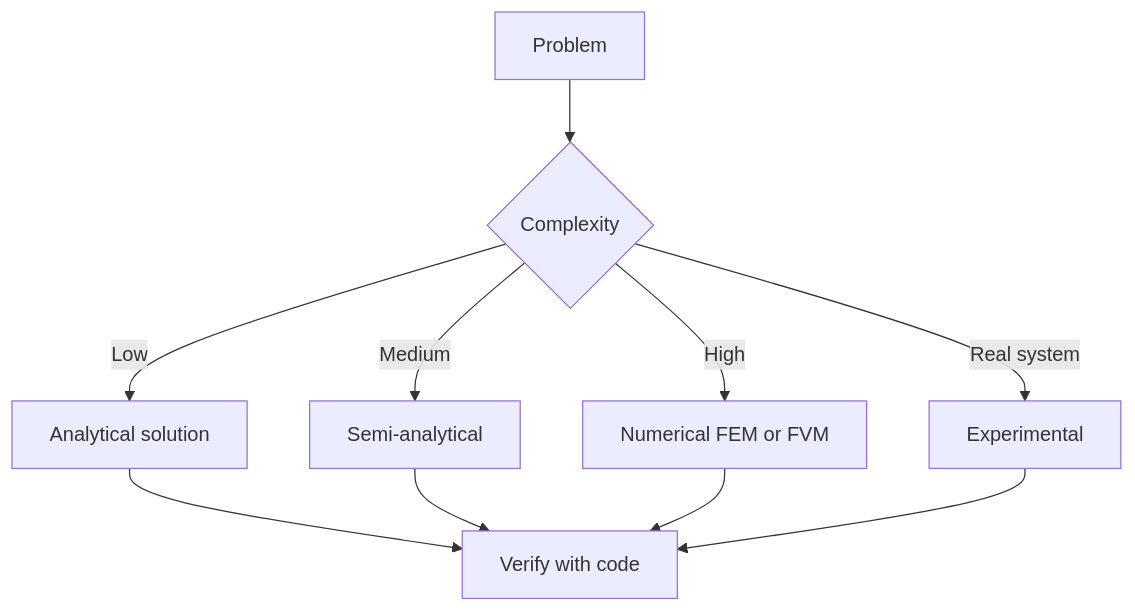
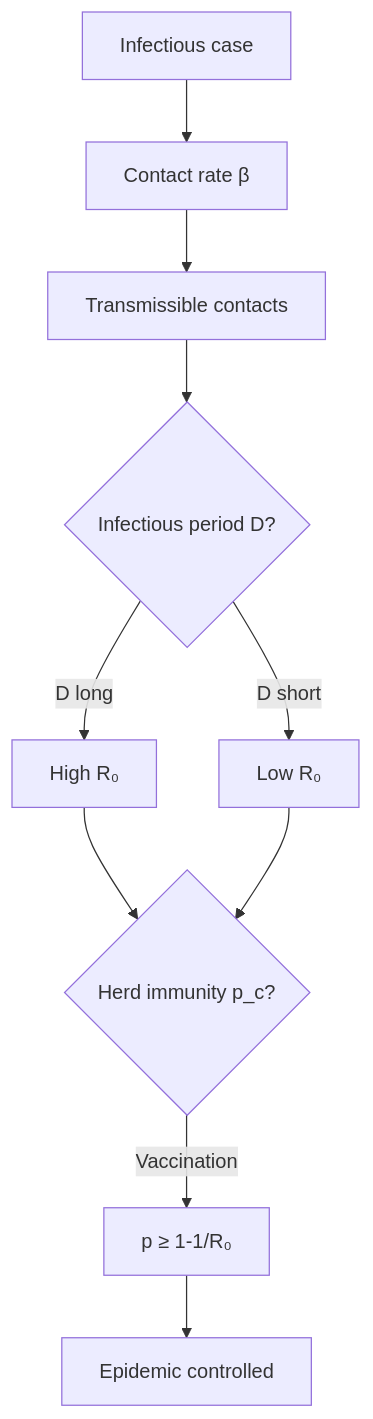
The second of 20 diagrams in MIT_CEE_Core/Track_1_Environment/Environmental_Life_Sciences/03_1.088_Genomics_Evolution_of_Infectious_Disease.md (yip-lgtm/civil-bootcamp), drawn with Mermaid before and after one commit. The commit also changed other lines of this file and 3 other files, not shown here.

````diff
--- a/MIT_CEE_Core/Track_1_Environment/Environmental_Life_Sciences/03_1.088_Genomics_Evolution_of_Infectious_Disease.md
+++ b/MIT_CEE_Core/Track_1_Environment/Environmental_Life_Sciences/03_1.088_Genomics_Evolution_of_Infectious_Disease.md
@@ -116,12 +141,12 @@
 ```mermaid
-flowchart TD
-    Start[Problem] --> Q{Complexity}
-    Q -->|Low| Anal[Analytical solution]
-    Q -->|Medium| Semi[Semi-analytical]
-    Q -->|High| Num[Numerical FEM or FVM]
-    Q -->|Real system| Exp[Experimental]
-    Anal --> V[Verify with code]
-    Semi --> V
-    Num --> V
-    Exp --> V
+graph TD
+    A[Infectious case] --> B[Contact rate β]
+    B --> C[Transmissible contacts]
+    C --> D{Infectious period D?}
+    D -->|D long| E[High R₀]
+    D -->|D short| F[Low R₀]
+    E --> G{Herd immunity p_c?}
+    F --> G
+    G -->|Vaccination| H[p ≥ 1-1/R₀]
+    H --> I[Epidemic controlled]
 ```
````
